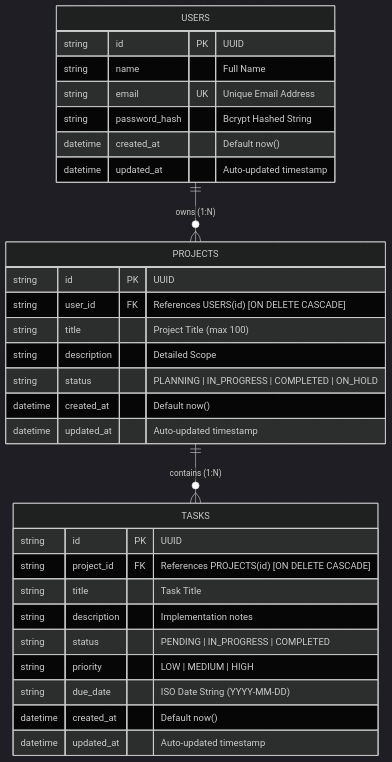
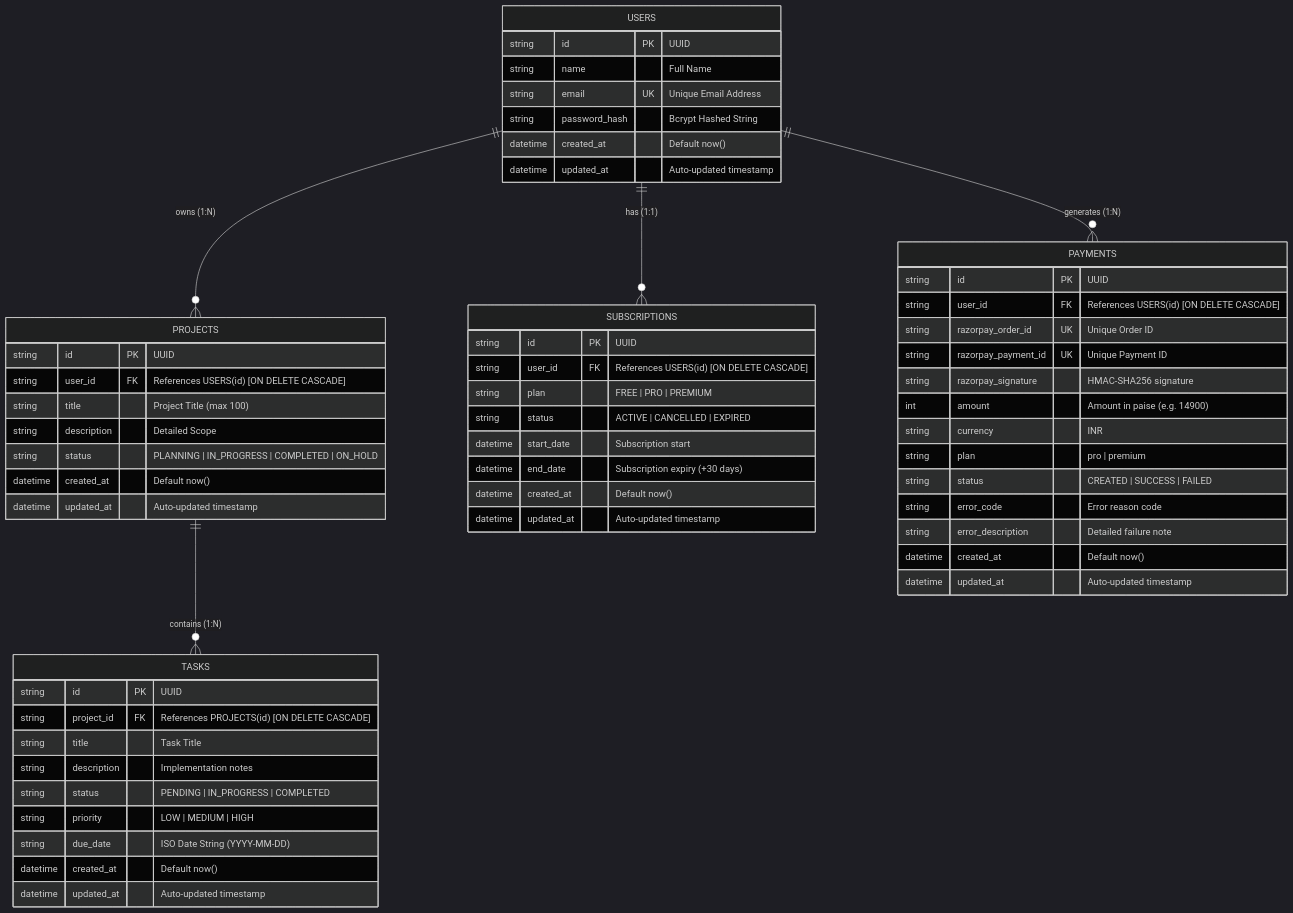
The diagram in docs/DATABASE.md (Avenash005/Dev-Track), drawn with Mermaid (dark theme) before and after one commit. The commit also changed other lines of this file and 25 other files, not shown here.

````diff
--- a/docs/DATABASE.md
+++ b/docs/DATABASE.md
@@ -22,36 +22,65 @@
 ```mermaid
 erDiagram
     USERS ||--o{ PROJECTS : "owns (1:N)"
+    USERS ||--o{ SUBSCRIPTIONS : "has (1:1)"
+    USERS ||--o{ PAYMENTS : "generates (1:N)"
     PROJECTS ||--o{ TASKS : "contains (1:N)"
 
     USERS {
         string id PK "UUID"
         string name "Full Name"
         string email UK "Unique Email Address"
         string password_hash "Bcrypt Hashed String"
+        datetime created_at "Default now()"
+        datetime updated_at "Auto-updated timestamp"
+    }
+
+    SUBSCRIPTIONS {
+        string id PK "UUID"
+        string user_id FK "References USERS(id) [ON DELETE CASCADE]"
+        string plan "FREE | PRO | PREMIUM"
+        string status "ACTIVE | CANCELLED | EXPIRED"
+        datetime start_date "Subscription start"
+        datetime end_date "Subscription expiry (+30 days)"
+        datetime created_at "Default now()"
+        datetime updated_at "Auto-updated timestamp"
+    }
+
+    PAYMENTS {
+        string id PK "UUID"
+        string user_id FK "References USERS(id) [ON DELETE CASCADE]"
+        string razorpay_order_id UK "Unique Order ID"
+        string razorpay_payment_id UK "Unique Payment ID"
+        string razorpay_signature "HMAC-SHA256 signature"
+        int amount "Amount in paise (e.g. 14900)"
+        string currency "INR"
+        string plan "pro | premium"
+        string status "CREATED | SUCCESS | FAILED"
+        string error_code "Error reason code"
+        string error_description "Detailed failure note"
         datetime created_at "Default now()"
         datetime updated_at "Auto-updated timestamp"
     }
 
     PROJECTS {
         string id PK "UUID"
         string user_id FK "References USERS(id) [ON DELETE CASCADE]"
         string title "Project Title (max 100)"
         string description "Detailed Scope"
         string status "PLANNING | IN_PROGRESS | COMPLETED | ON_HOLD"
         datetime created_at "Default now()"
         datetime updated_at "Auto-updated timestamp"
     }
 
     TASKS {
         string id PK "UUID"
         string project_id FK "References PROJECTS(id) [ON DELETE CASCADE]"
         string title "Task Title"
         string description "Implementation notes"
         string status "PENDING | IN_PROGRESS | COMPLETED"
         string priority "LOW | MEDIUM | HIGH"
         string due_date "ISO Date String (YYYY-MM-DD)"
         datetime created_at "Default now()"
         datetime updated_at "Auto-updated timestamp"
     }
 ```
````
